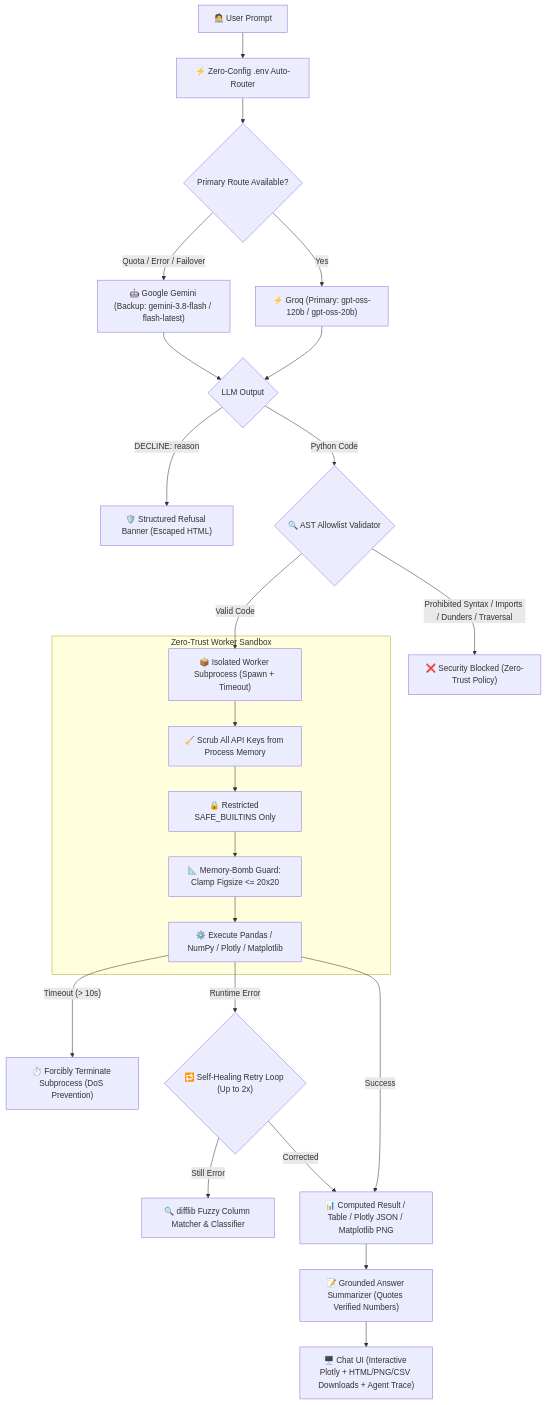
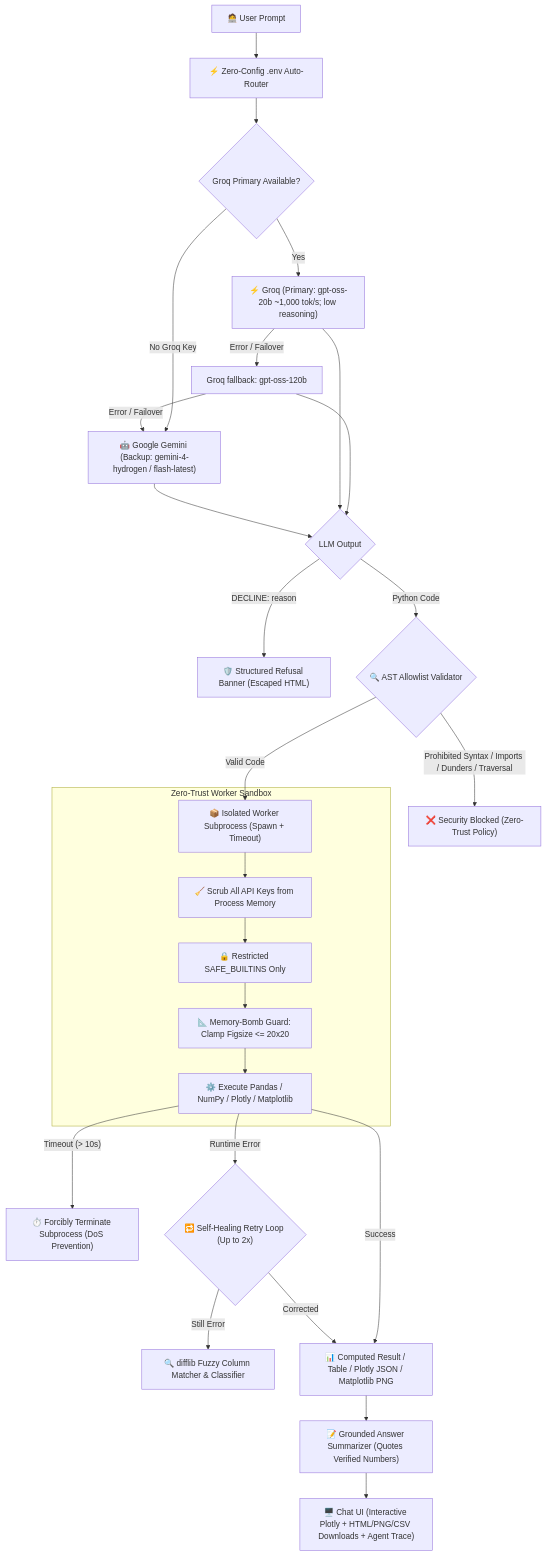
Before and after one commit to Parth-349/Chat-with-your-CSV-Enterprise-Natural-Language-Tabular-Data-Analyst: the diagram in README.md, drawn with Mermaid. The commit also changed other lines of this file and 3 other files, not shown here.

Commit message:
feat: optimize Groq inference and update Gemini failover

````diff
--- a/README.md
+++ b/README.md
@@ -11,33 +11,36 @@
 ```mermaid
 flowchart TD
     User["🧑‍💻 User Prompt"] --> Router["⚡ Zero-Config .env Auto-Router"]
-    Router --> BackendSelect{"Primary Route Available?"}
+    Router --> BackendSelect{"Groq Primary Available?"}
     
-    BackendSelect -- Yes --> Groq["⚡ Groq (Primary: gpt-oss-120b / gpt-oss-20b)"]
-    BackendSelect -- Quota / Error / Failover --> Gemini["🤖 Google Gemini (Backup: gemini-3.8-flash / flash-latest)"]
+    BackendSelect -- Yes --> Groq["⚡ Groq (Primary: gpt-oss-20b ~1,000 tok/s; low reasoning)"]
+    Groq -- Error / Failover --> GroqFallback["Groq fallback: gpt-oss-120b"]
+    GroqFallback -- Error / Failover --> Gemini["🤖 Google Gemini (Backup: gemini-4-hydrogen / flash-latest)"]
+    BackendSelect -- No Groq Key --> Gemini
     
     Gemini --> LLMOutput{"LLM Output"}
     Groq --> LLMOutput
+    GroqFallback --> LLMOutput
     
     LLMOutput -- DECLINE: reason --> DeclineUI["🛡️ Structured Refusal Banner (Escaped HTML)"]
     LLMOutput -- Python Code --> ASTCheck{"🔍 AST Allowlist Validator"}
     
     ASTCheck -- Prohibited Syntax / Imports / Dunders / Traversal --> Blocked["❌ Security Blocked (Zero-Trust Policy)"]
     ASTCheck -- Valid Code --> WorkerProcess["📦 Isolated Worker Subprocess (Spawn + Timeout)"]
     
     subgraph Sandbox ["Zero-Trust Worker Sandbox"]
         WorkerProcess --> ScrubEnv["🧹 Scrub All API Keys from Process Memory"]
         ScrubEnv --> SafeBuiltins["🔒 Restricted SAFE_BUILTINS Only"]
         SafeBuiltins --> ClampFigsize["📐 Memory-Bomb Guard: Clamp Figsize <= 20x20"]
         ClampFigsize --> Exec["⚙️ Execute Pandas / NumPy / Plotly / Matplotlib"]
     end
     
     Exec -- Timeout (> 10s) --> TimeoutHandler["⏱️ Forcibly Terminate Subprocess (DoS Prevention)"]
     Exec -- Runtime Error --> RetryLoop{"🔁 Self-Healing Retry Loop (Up to 2x)"}
     RetryLoop -- Still Error --> FuzzyMatch["🔍 difflib Fuzzy Column Matcher & Classifier"]
     RetryLoop -- Corrected --> VerifiedOutput
     
     Exec -- Success --> VerifiedOutput["📊 Computed Result / Table / Plotly JSON / Matplotlib PNG"]
     VerifiedOutput --> GroundedSummarizer["📝 Grounded Answer Summarizer (Quotes Verified Numbers)"]
     GroundedSummarizer --> UI["🖥️ Chat UI (Interactive Plotly + HTML/PNG/CSV Downloads + Agent Trace)"]
 ```
````
